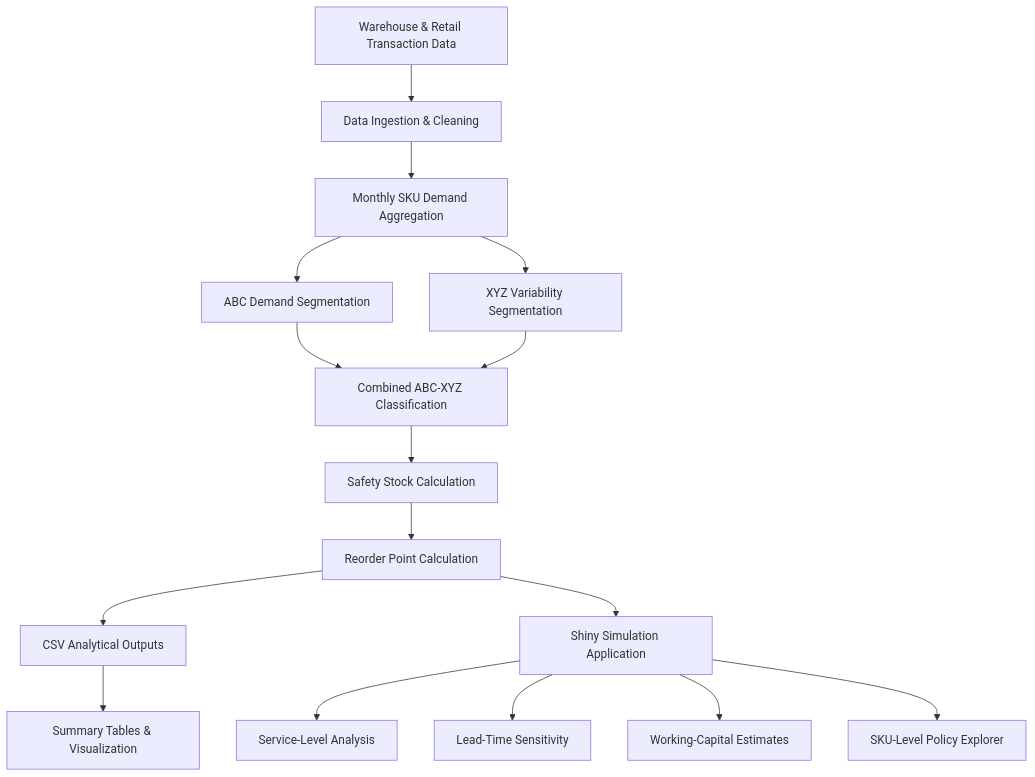
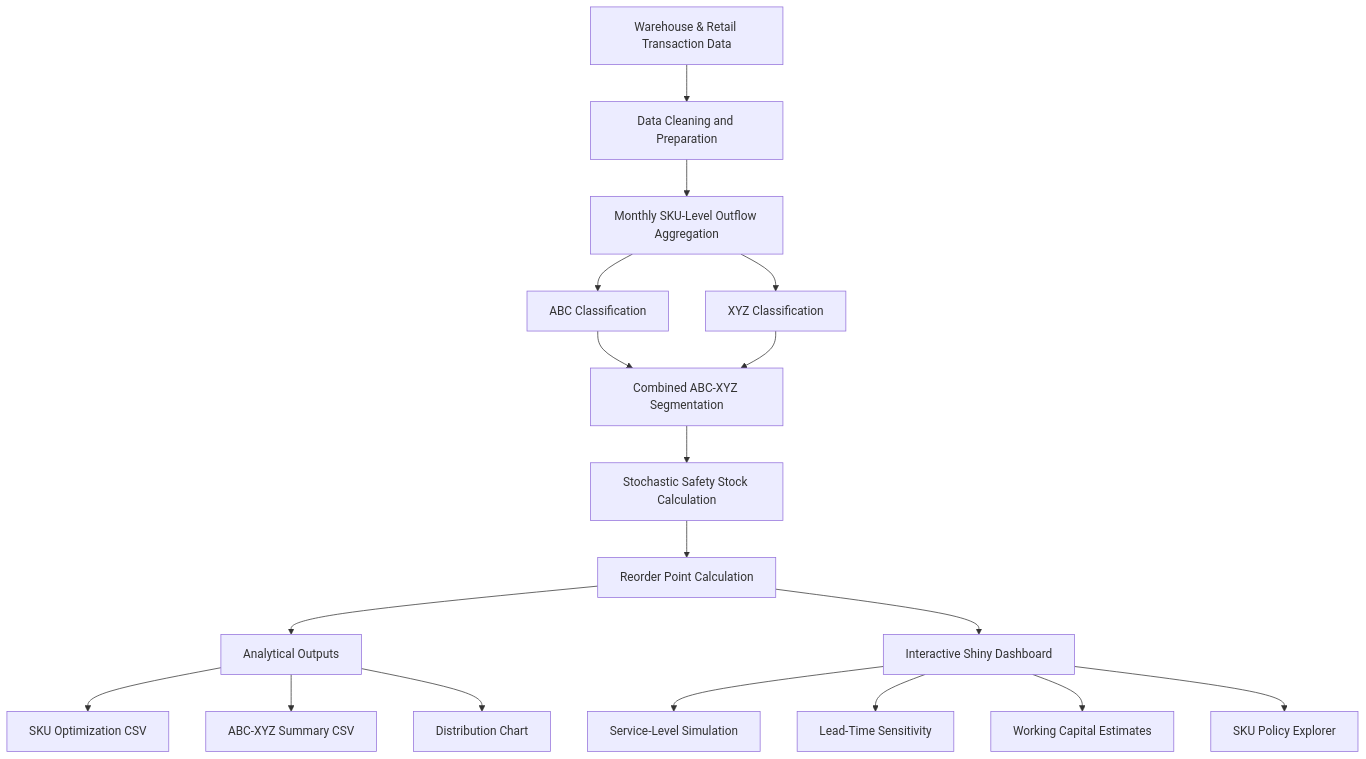
The first of 6 diagrams in README.md (AshutoshTembhekar/supply-chain-inventory-optimization), drawn with Mermaid before and after one commit. The commit also changed other lines of this file, not shown here.

````diff
--- a/README.md
+++ b/README.md
@@ -79,18 +119,33 @@
 ```mermaid
 flowchart TD
-    A["Warehouse & Retail Transaction Data"] --> B["Data Ingestion & Cleaning"]
-    B --> C["Monthly SKU Demand Aggregation"]
-    C --> D["ABC Demand Segmentation"]
-    C --> E["XYZ Variability Segmentation"]
-    D --> F["Combined ABC-XYZ Classification"]
+    A["Warehouse & Retail Transaction Data"]
+    B["Data Cleaning and Preparation"]
+    C["Monthly SKU-Level Outflow Aggregation"]
+    D["ABC Classification"]
+    E["XYZ Classification"]
+    F["Combined ABC-XYZ Segmentation"]
+    G["Stochastic Safety Stock Calculation"]
+    H["Reorder Point Calculation"]
+    I["Analytical Outputs"]
+    J["Interactive Shiny Dashboard"]
+
+    A --> B
+    B --> C
+    C --> D
+    C --> E
+    D --> F
     E --> F
-    F --> G["Safety Stock Calculation"]
-    G --> H["Reorder Point Calculation"]
-    H --> I["CSV Analytical Outputs"]
-    H --> J["Shiny Simulation Application"]
-    I --> K["Summary Tables & Visualization"]
-    J --> L["Service-Level Analysis"]
-    J --> M["Lead-Time Sensitivity"]
-    J --> N["Working-Capital Estimates"]
-    J --> O["SKU-Level Policy Explorer"]
+    F --> G
+    G --> H
+    H --> I
+    H --> J
+
+    I --> K["SKU Optimization CSV"]
+    I --> L["ABC-XYZ Summary CSV"]
+    I --> M["Distribution Chart"]
+
+    J --> N["Service-Level Simulation"]
+    J --> O["Lead-Time Sensitivity"]
+    J --> P["Working Capital Estimates"]
+    J --> Q["SKU Policy Explorer"]
 ```
````
